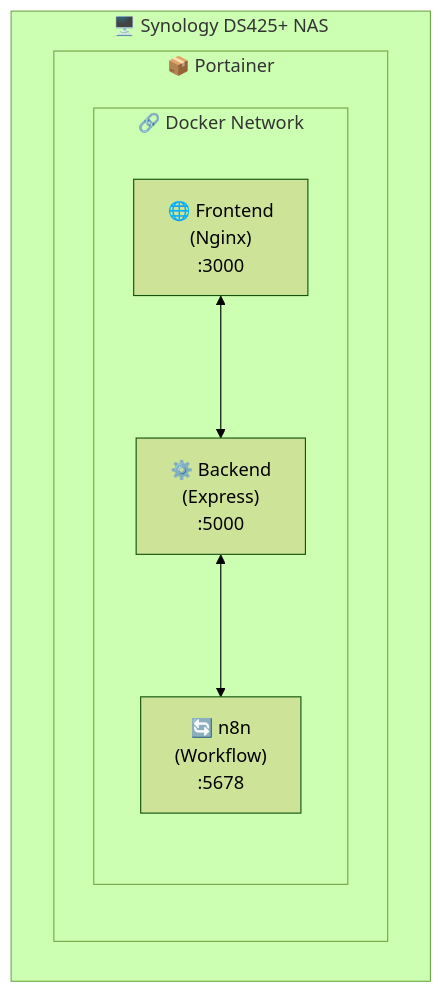
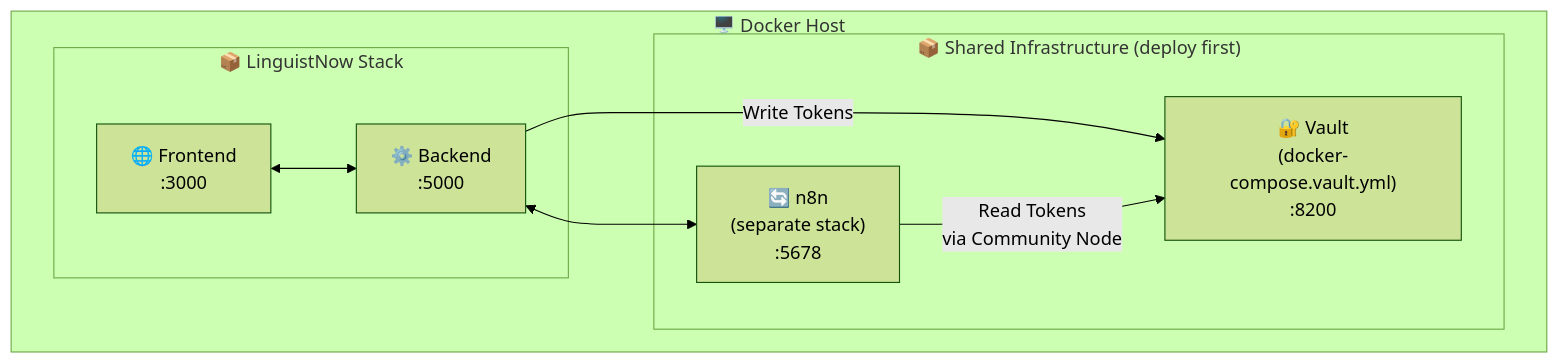
Before and after one commit to nicmart-dev/linguistnow: the first of 2 diagrams in docs/deploy-app-to-production.md, drawn with Mermaid (forest theme). The commit also changed other lines of this file and 50 other files, not shown here.

````diff
--- a/docs/deploy-app-to-production.md
+++ b/docs/deploy-app-to-production.md
@@ -57,15 +50,18 @@
 ```mermaid
 flowchart TB
-    subgraph NAS["🖥️ Synology DS425+ NAS"]
-        subgraph Portainer["📦 Portainer"]
-            subgraph Network["🔗 Docker Network"]
-                Frontend["🌐 Frontend<br/>(Nginx)<br/>:3000"]
-                Backend["⚙️ Backend<br/>(Express)<br/>:5000"]
-                N8N["🔄 n8n<br/>(Workflow)<br/>:5678"]
-            end
+    subgraph Host["🖥️ Docker Host"]
+        subgraph SharedInfra["📦 Shared Infrastructure (deploy first)"]
+            Vault["🔐 Vault<br/>(docker-compose.vault.yml)<br/>:8200"]
+            N8N["🔄 n8n<br/>(separate stack)<br/>:5678"]
+        end
+        subgraph LinguistNow["📦 LinguistNow Stack"]
+            Frontend["🌐 Frontend<br/>:3000"]
+            Backend["⚙️ Backend<br/>:5000"]
         end
     end
 
     Frontend <--> Backend
     Backend <--> N8N
+    Backend -->|Write Tokens| Vault
+    N8N -->|Read Tokens<br/>via Community Node| Vault
 ```
````
